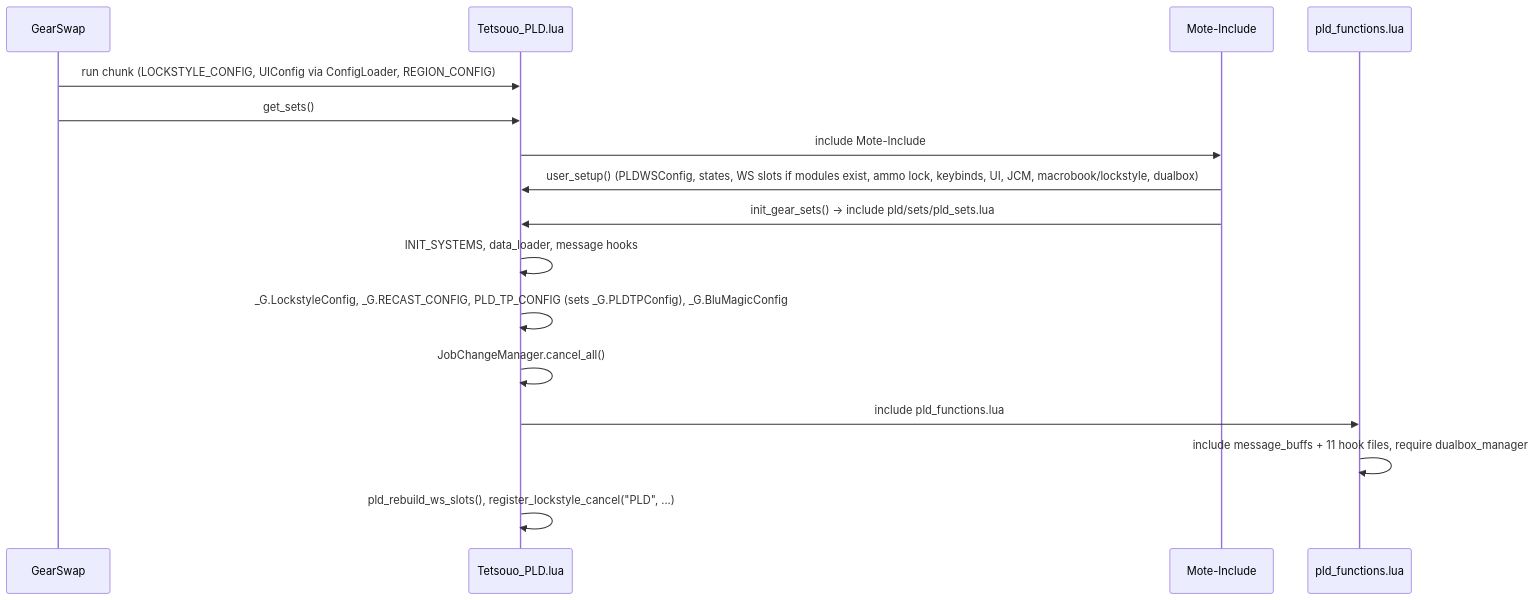
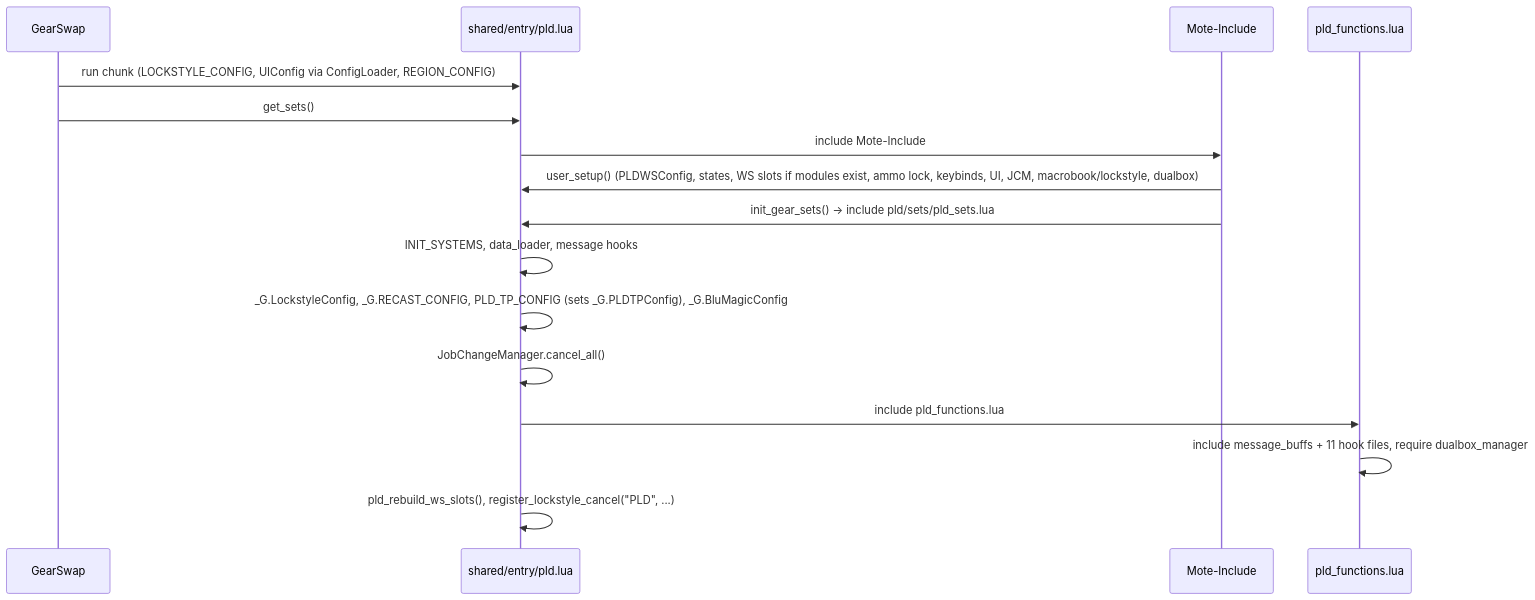
Before and after one commit to ejouanchicot/Gearswap: the first of 5 diagrams in docs/dev/jobs/pld.md, drawn with Mermaid. The commit also changed other lines of this file and 94 other files, not shown here.

First line of the commit message:
docs: 22 jobs, 2 s / 3 s reload, the 2026-09-30 folder layout, shared/entry entry points

````diff
--- a/docs/dev/jobs/pld.md
+++ b/docs/dev/jobs/pld.md
@@ -102,18 +102,18 @@
 ```mermaid
 sequenceDiagram
     participant GS as GearSwap
-    participant E as Tetsouo_PLD.lua
+    participant E as shared/entry/pld.lua
     participant M as Mote-Include
     participant F as pld_functions.lua
     GS->>E: run chunk (LOCKSTYLE_CONFIG, UIConfig via ConfigLoader, REGION_CONFIG)
     GS->>E: get_sets()
     E->>M: include Mote-Include
     M->>E: user_setup() (PLDWSConfig, states, WS slots if modules exist, ammo lock, keybinds, UI, JCM, macrobook/lockstyle, dualbox)
     M->>E: init_gear_sets() -> include pld/sets/pld_sets.lua
     E->>E: INIT_SYSTEMS, data_loader, message hooks
     E->>E: _G.LockstyleConfig, _G.RECAST_CONFIG, PLD_TP_CONFIG (sets _G.PLDTPConfig), _G.BluMagicConfig
     E->>E: JobChangeManager.cancel_all()
     E->>F: include pld_functions.lua
     F->>F: include message_buffs + 11 hook files, require dualbox_manager
     E->>E: pld_rebuild_ws_slots(), register_lockstyle_cancel("PLD", ...)
 ```
````
